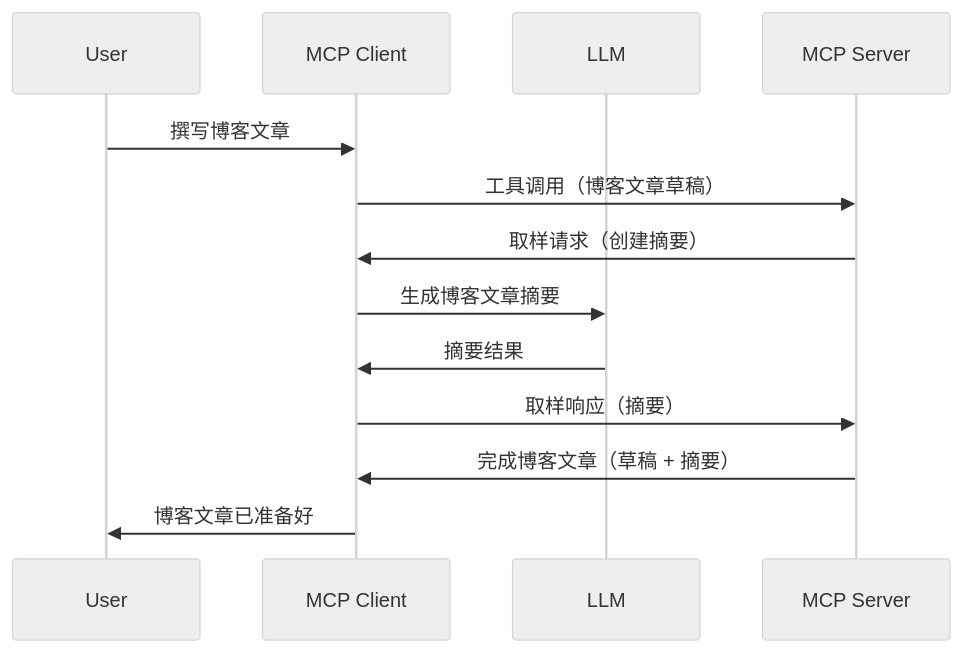
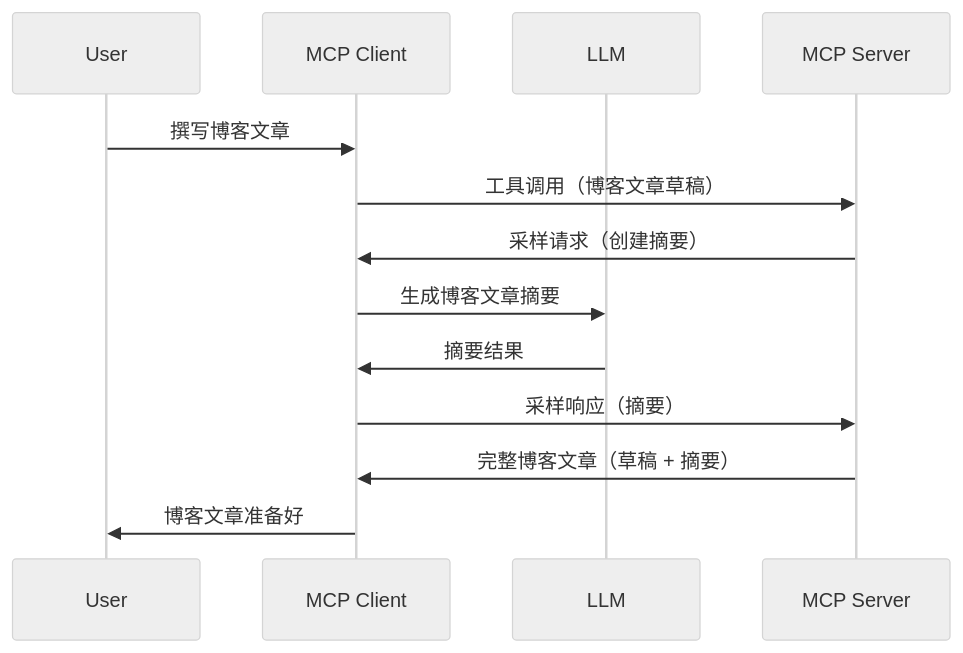
Before and after one commit to HIDORAKAI002/ai-workspace-archive: the diagram in mcp_ecosystem__model_context_protocol/mcp_learning_resources/mcp-for-beginners/translations/zh-CN/03-GettingStarted/14-sampling/README.md, drawn with Mermaid (neutral theme). The commit also changed other lines of this file and 1539 other files, not shown here.

````diff
--- a/mcp_ecosystem__model_context_protocol/mcp_learning_resources/mcp-for-beginners/translations/zh-CN/03-GettingStarted/14-sampling/README.md
+++ b/mcp_ecosystem__model_context_protocol/mcp_learning_resources/mcp-for-beginners/translations/zh-CN/03-GettingStarted/14-sampling/README.md
@@ -23,16 +23,16 @@
 ```mermaid
 sequenceDiagram
     participant User
     participant MCP Client
     participant LLM
     participant MCP Server
 
     User->>MCP Client: 撰写博客文章
     MCP Client->>MCP Server: 工具调用（博客文章草稿）
-    MCP Server->>MCP Client: 取样请求（创建摘要）
+    MCP Server->>MCP Client: 采样请求（创建摘要）
     MCP Client->>LLM: 生成博客文章摘要
     LLM->>MCP Client: 摘要结果
-    MCP Client->>MCP Server: 取样响应（摘要）
-    MCP Server->>MCP Client: 完成博客文章（草稿 + 摘要）
-    MCP Client->>User: 博客文章已准备好
+    MCP Client->>MCP Server: 采样响应（摘要）
+    MCP Server->>MCP Client: 完整博客文章（草稿 + 摘要）
+    MCP Client->>User: 博客文章准备好
 ```
````
